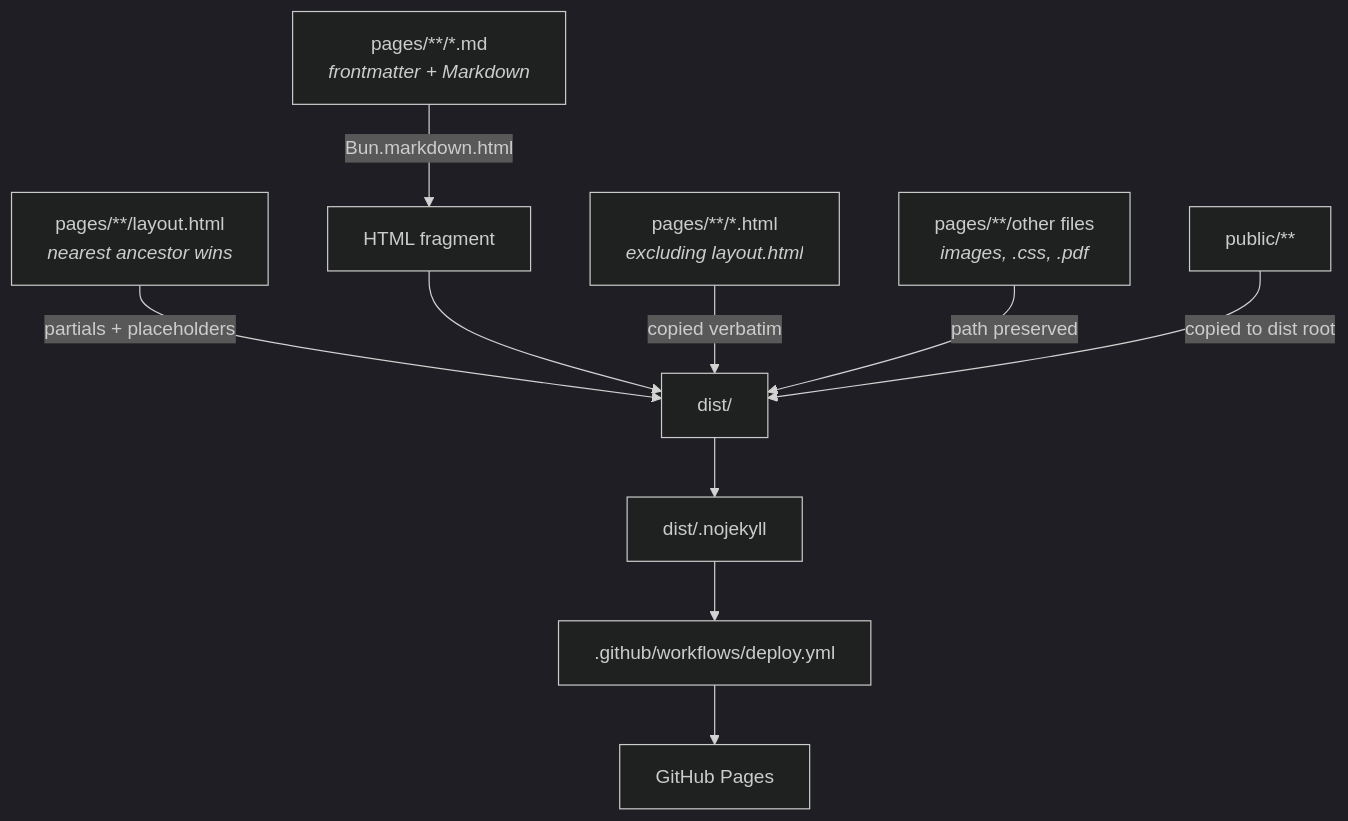
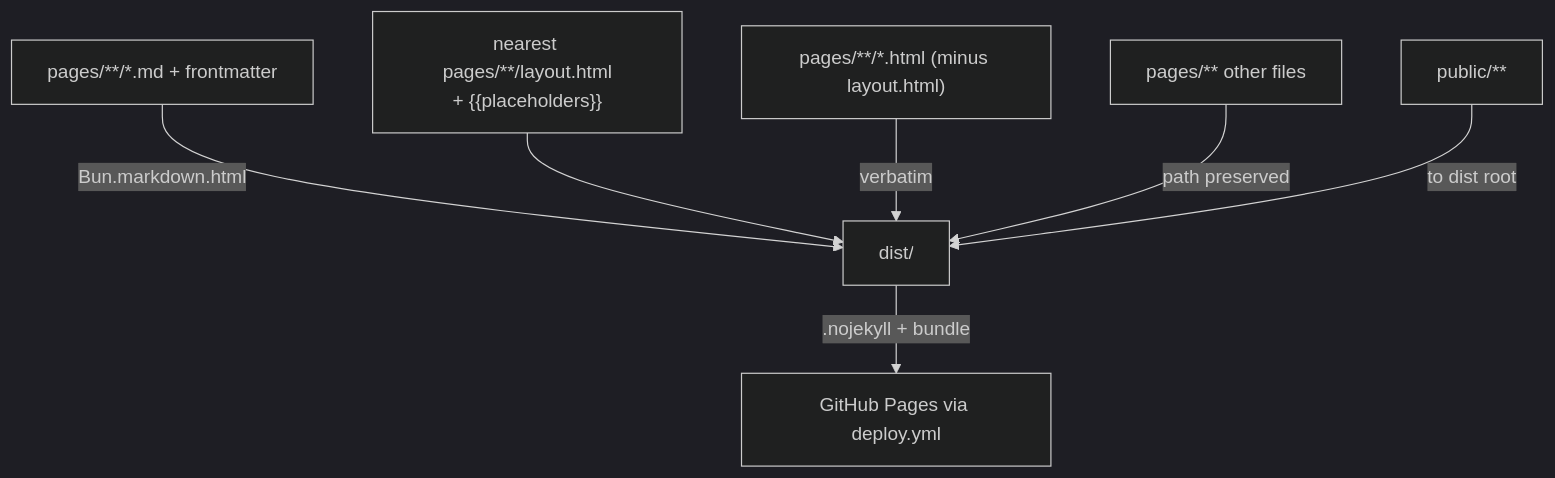
Before and after one commit to quirkdom/quirkdom.github.io: the diagram in AGENTS.md, drawn with Mermaid (dark theme). The commit also changed other lines of this file and 1 other file, not shown here.

````diff
--- a/AGENTS.md
+++ b/AGENTS.md
@@ -25,10 +21,9 @@
 ```mermaid
-graph TD
-  P["pages/**/*.md<br/><i>frontmatter + Markdown</i>"] -->|Bun.markdown.html| H["HTML fragment"]
-  L["pages/**/layout.html<br/><i>nearest ancestor wins</i>"] -->|partials + placeholders| D["dist/"]
-  H --> D
-  P2["pages/**/*.html<br/><i>excluding layout.html</i>"] -->|copied verbatim| D
-  X["pages/**/other files<br/><i>images, .css, .pdf</i>"] -->|path preserved| D
-  PUB["public/**"] -->|copied to dist root| D
-  D --> G["dist/.nojekyll"] --> W[".github/workflows/deploy.yml"] --> GH["GitHub Pages"]
+flowchart TD
+  MD["pages/**/*.md + frontmatter"] -->|Bun.markdown.html| OUT["dist/"]
+  LAY["nearest pages/**/layout.html<br/>+ {{placeholders}}"] --> OUT
+  HTML["pages/**/*.html (minus layout.html)"] -->|verbatim| OUT
+  OTHER["pages/** other files"] -->|path preserved| OUT
+  PUB["public/**"] -->|to dist root| OUT
+  OUT -->|.nojekyll + bundle| GH["GitHub Pages via deploy.yml"]
 ```
````
